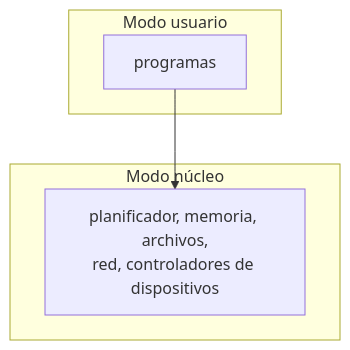
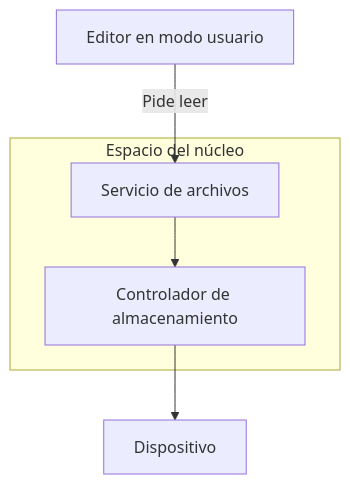
The first of 2 diagrams in src/content/es/articles/nucleo-monolitico-y-micronucleo.mdx (nbfrodri/devly), drawn with Mermaid before and after one commit. The commit also changed other lines of this file and 142 other files, not shown here.

````diff
--- a/src/content/es/articles/nucleo-monolitico-y-micronucleo.mdx
+++ b/src/content/es/articles/nucleo-monolitico-y-micronucleo.mdx
@@ -30,10 +40,8 @@
 ```mermaid
-flowchart TB
-	subgraph N["Modo núcleo"]
-		K["planificador, memoria, archivos,<br>red, controladores de dispositivos"]
+flowchart TD
+	E["Editor en modo usuario"] -->|"Pide leer"| F
+	subgraph K["Espacio del núcleo"]
+		F["Servicio de archivos"] --> D["Controlador de almacenamiento"]
 	end
-	subgraph U["Modo usuario"]
-		P["programas"]
-	end
-	P --> K
+	D --> H["Dispositivo"]
 ```
````
